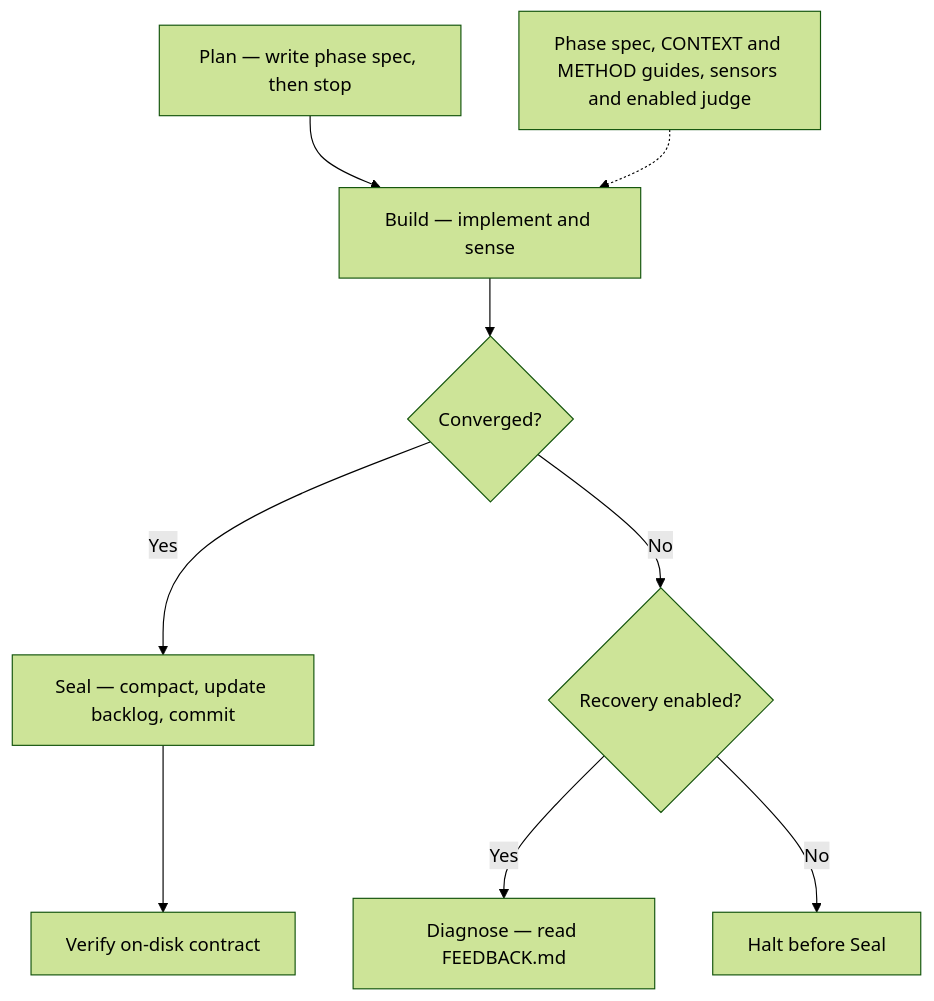
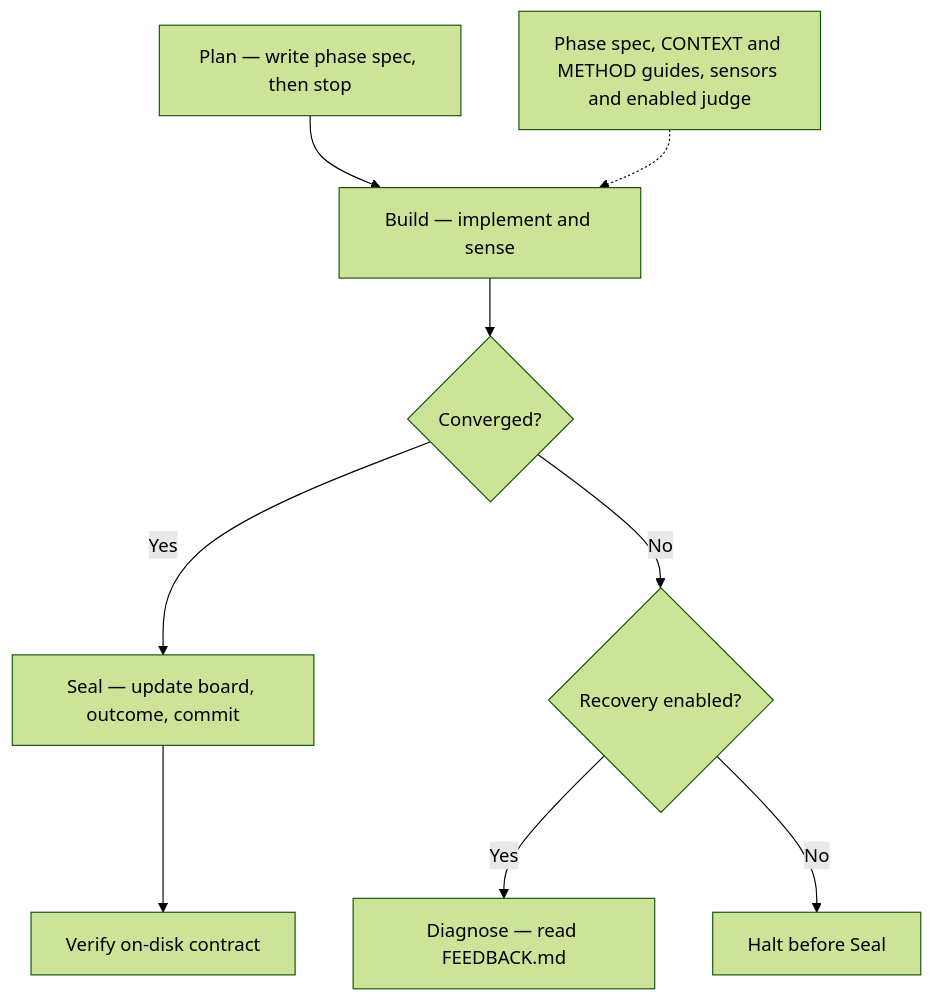
The third of 3 diagrams in src/content/docs/yokai/build.mdx (getkoi/site), drawn with Mermaid (forest theme) before and after one commit. The commit also changed 19 other files, not shown here.

````diff
--- a/src/content/docs/yokai/build.mdx
+++ b/src/content/docs/yokai/build.mdx
@@ -88,13 +88,13 @@
 ```mermaid
 flowchart TD
   accTitle: Plan, Build and Seal with recovery
   accDescr: Plan writes the phase spec. Build implements and senses against that spec and the guides. Convergence leads to Seal, then the on-disk contract check. Non-convergence leads to Diagnose by default or Halt when recovery is disabled.
   plan["Plan — write phase spec, then stop"] --> build["Build — implement and sense"]
   inputs["Phase spec, CONTEXT and METHOD guides, sensors and enabled judge"] -.-> build
   build --> verdict{"Converged?"}
-  verdict -->|Yes| seal["Seal — compact, update backlog, commit"]
+  verdict -->|Yes| seal["Seal — update board, outcome, commit"]
   seal --> check["Verify on-disk contract"]
   verdict -->|No| recovery{"Recovery enabled?"}
   recovery -->|Yes| diagnose["Diagnose — read FEEDBACK.md"]
   recovery -->|No| halt["Halt before Seal"]
 ```
````
